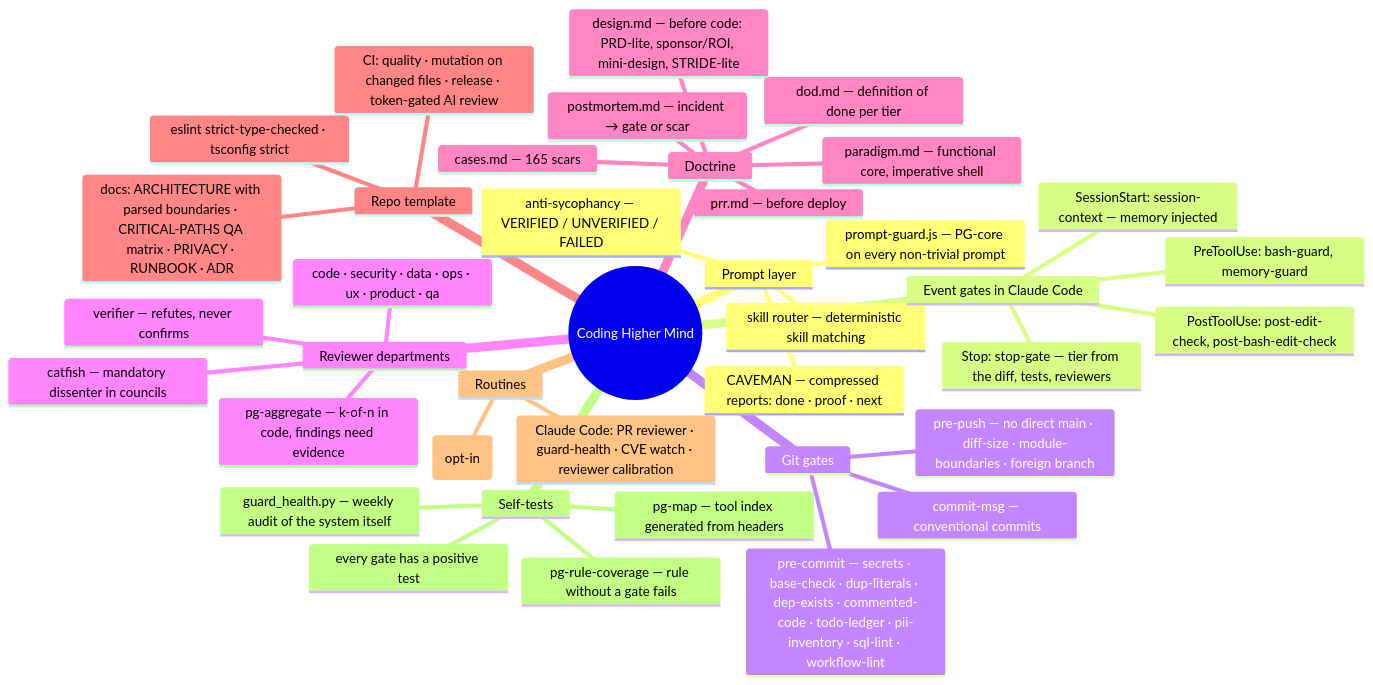
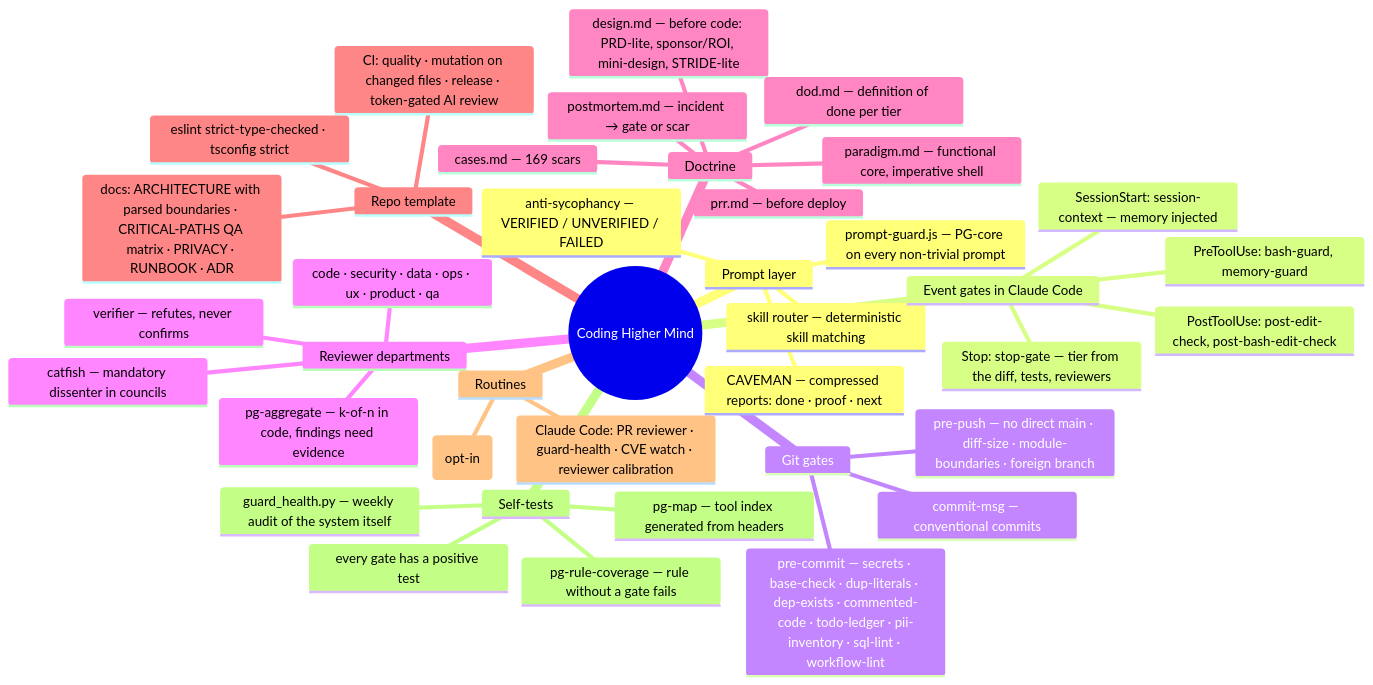
The first of 4 diagrams in docs/ARCHITECTURE.md (kamiljan11/coding-higher-mind), drawn with Mermaid before and after one commit. The commit also changed other lines of this file and 58 other files, not shown here.

````diff
--- a/docs/ARCHITECTURE.md
+++ b/docs/ARCHITECTURE.md
@@ -8,42 +8,42 @@
 ```mermaid
 mindmap
   root((Coding Higher Mind))
     Prompt layer
       prompt-guard.js — PG-core on every non-trivial prompt
       CAVEMAN — compressed reports: done · proof · next
       anti-sycophancy — VERIFIED / UNVERIFIED / FAILED
       skill router — deterministic skill matching
     Event gates in Claude Code
       PreToolUse: bash-guard, memory-guard
       PostToolUse: post-edit-check, post-bash-edit-check
       Stop: stop-gate — tier from the diff, tests, reviewers
       SessionStart: session-context — memory injected
     Git gates
       commit-msg — conventional commits
       pre-commit — secrets · base-check · dup-literals · dep-exists · commented-code · todo-ledger · pii-inventory · sql-lint · workflow-lint
       pre-push — no direct main · diff-size · module-boundaries · foreign branch
     Reviewer departments
       code · security · data · ops · ux · product · qa
       verifier — refutes, never confirms
       catfish — mandatory dissenter in councils
       pg-aggregate — k-of-n in code, findings need evidence
     Doctrine
       design.md — before code: PRD-lite, sponsor/ROI, mini-design, STRIDE-lite
       dod.md — definition of done per tier
       prr.md — before deploy
       postmortem.md — incident → gate or scar
       paradigm.md — functional core, imperative shell
-      cases.md — 165 scars
+      cases.md — 169 scars
     Repo template
       CI: quality · mutation on changed files · release · token-gated AI review
       docs: ARCHITECTURE with parsed boundaries · CRITICAL-PATHS QA matrix · PRIVACY · RUNBOOK · ADR
       eslint strict-type-checked · tsconfig strict
     Routines
       Claude Code: PR reviewer · guard-health · CVE watch · reviewer calibration
       Cowork: watchdog · backup+restore · sessions→memory · weekly report · self-evolution (opt-in)
     Self-tests
       every gate has a positive test
       pg-rule-coverage — rule without a gate fails
       pg-map — tool index generated from headers
       guard_health.py — weekly audit of the system itself
 ```
````
